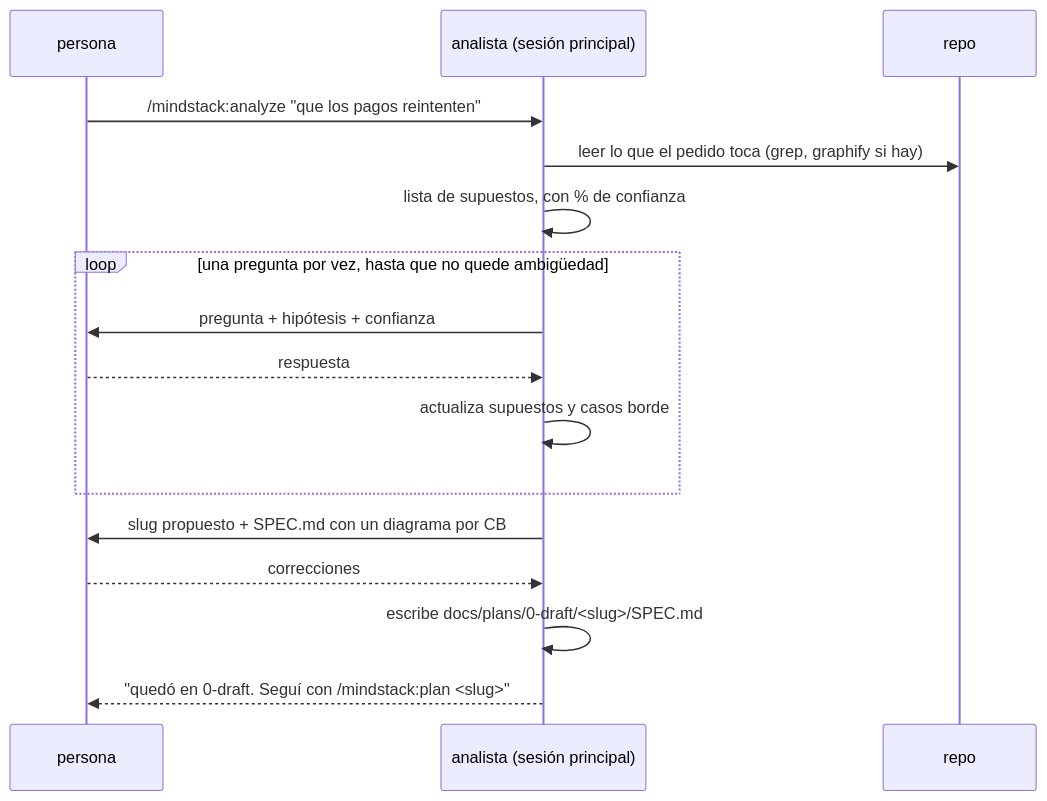
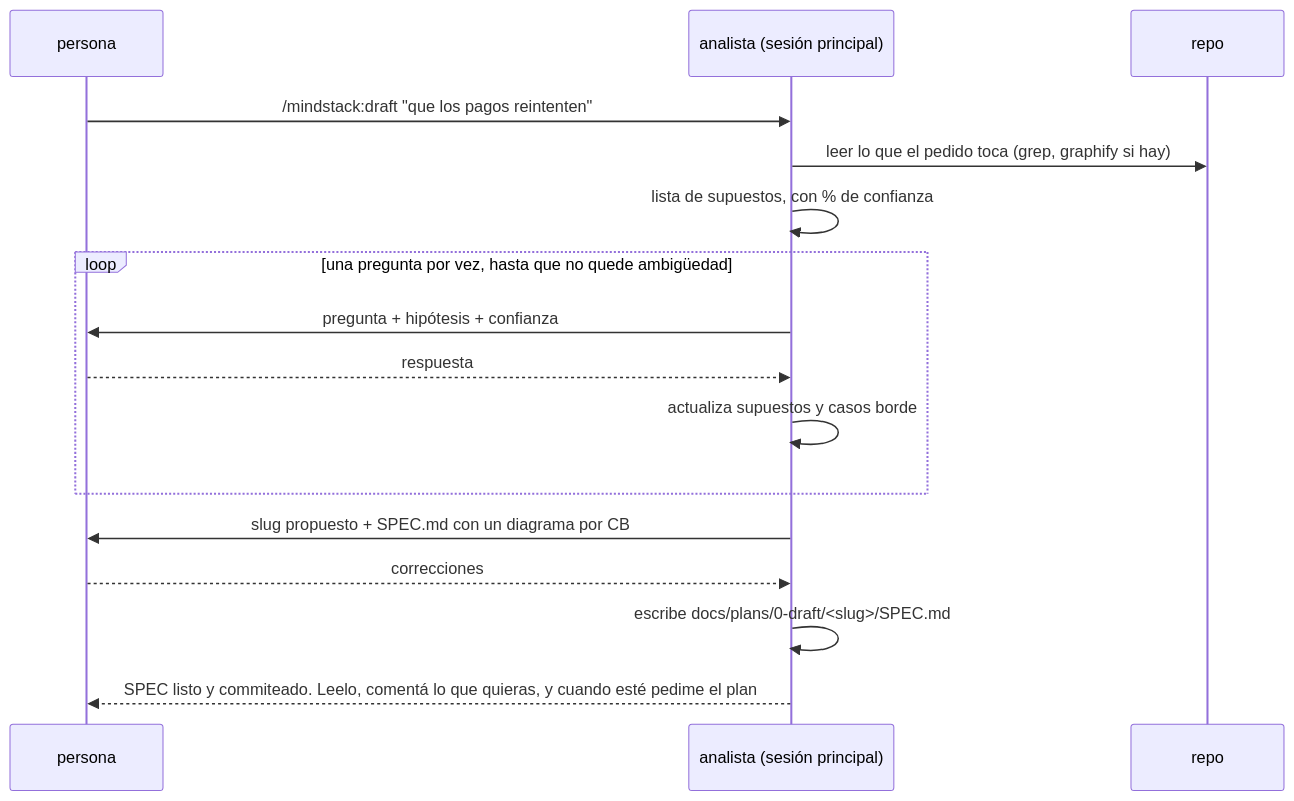
The first of 2 diagrams in skills/workflow/references/analyze.md (octavio-parozlabs/mindstack), drawn with Mermaid before and after one commit. The commit also changed other lines of this file and 58 other files, not shown here.

````diff
--- a/skills/workflow/references/analyze.md
+++ b/skills/workflow/references/analyze.md
@@ -5,18 +5,18 @@
 ```mermaid
 sequenceDiagram
     participant P as persona
     participant A as analista (sesión principal)
     participant R as repo
-    P->>A: /mindstack:analyze "que los pagos reintenten"
+    P->>A: /mindstack:draft "que los pagos reintenten"
     A->>R: leer lo que el pedido toca (grep, graphify si hay)
     A->>A: lista de supuestos, con % de confianza
     loop una pregunta por vez, hasta que no quede ambigüedad
         A->>P: pregunta + hipótesis + confianza
         P-->>A: respuesta
         A->>A: actualiza supuestos y casos borde
     end
     A->>P: slug propuesto + SPEC.md con un diagrama por CB
     P-->>A: correcciones
     A->>A: escribe docs/plans/0-draft/<slug>/SPEC.md
-    A-->>P: "quedó en 0-draft. Seguí con /mindstack:plan <slug>"
+    A-->>P: SPEC listo y commiteado. Leelo, comentá lo que quieras, y cuando esté pedime el plan
 ```
````
